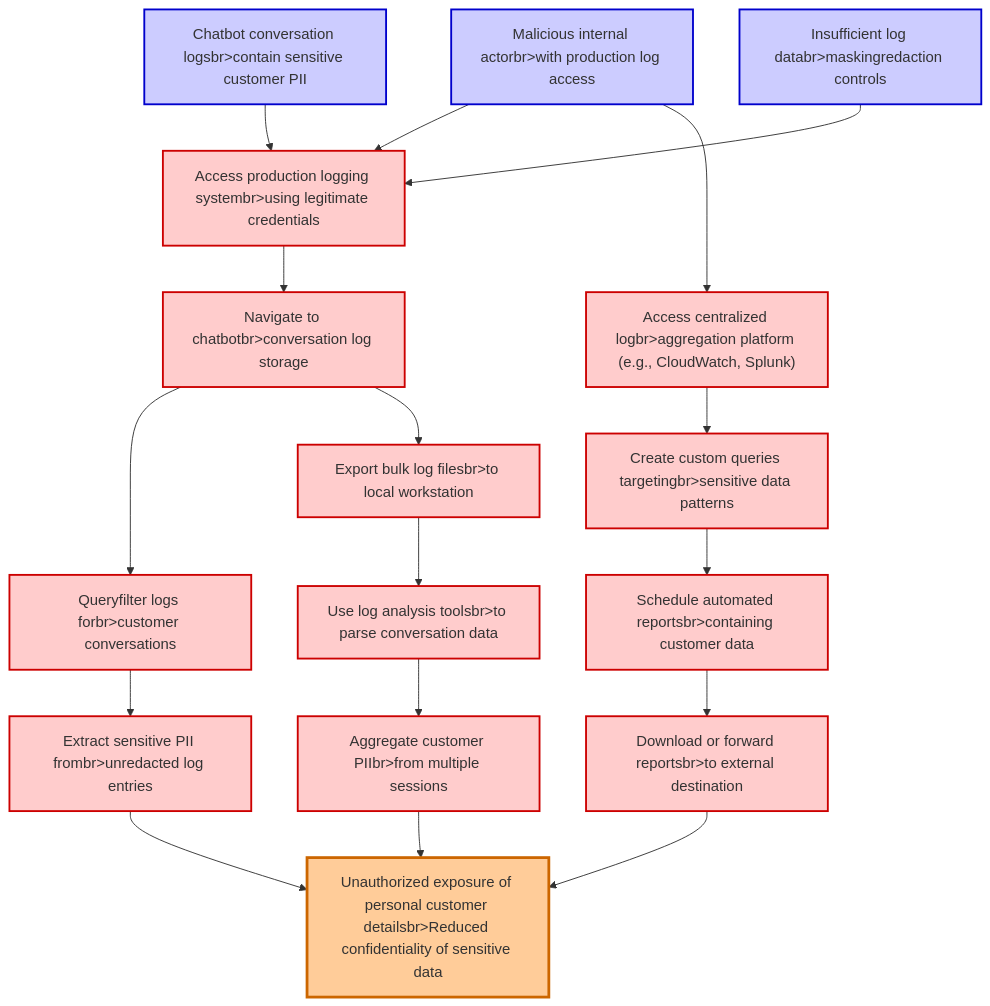
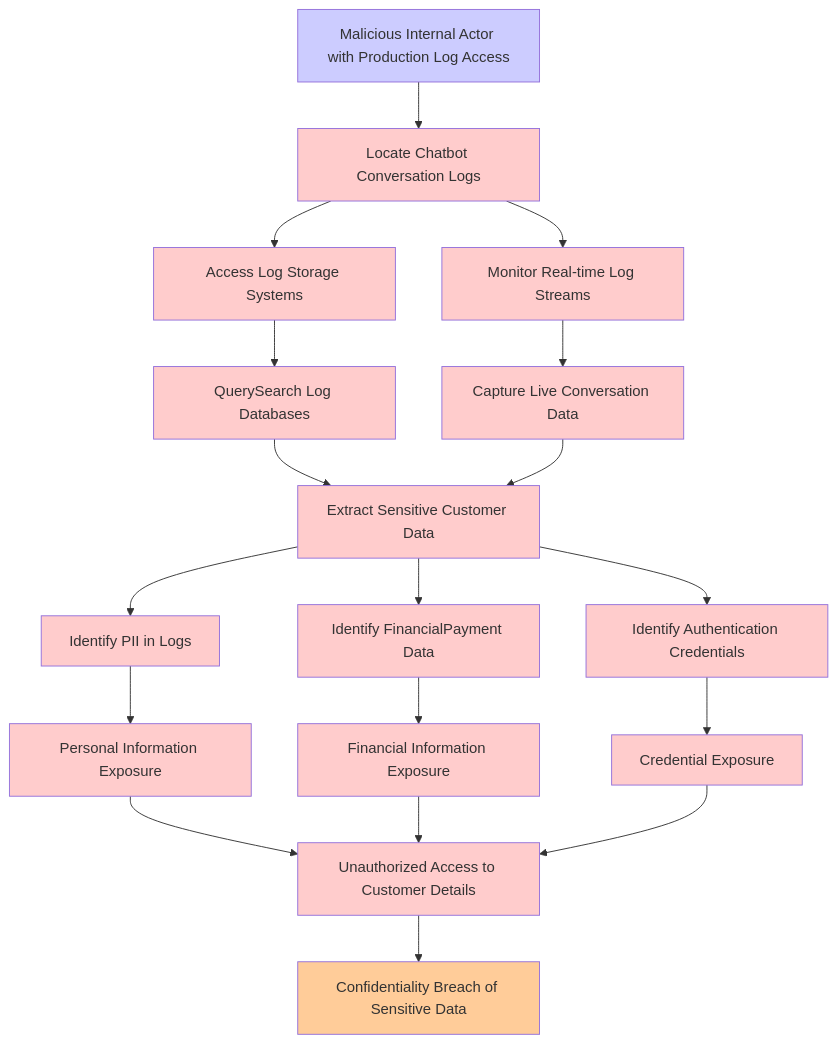
One commit to aws-samples/sample-agentic-attack-tree-generator changed the diagram in sample-applications/genai-chatbot/threatforest/attack_trees/attack_tree_26ae875e-296d-4151-99a9-dbd6287d851a_llm02_sensitiveinfo_disclosure.md. Above: the diagram before and after it, drawn with Mermaid. The commit also changed other lines of this file and 310 other files, not shown here.

````diff
--- a/sample-applications/genai-chatbot/threatforest/attack_trees/attack_tree_26ae875e-296d-4151-99a9-dbd6287d851a_llm02_sensitiveinfo_disclosure.md
+++ b/sample-applications/genai-chatbot/threatforest/attack_trees/attack_tree_26ae875e-296d-4151-99a9-dbd6287d851a_llm02_sensitiveinfo_disclosure.md
@@ -8,49 +8,28 @@
 ```mermaid
 graph TD
-    GOAL[" Unauthorized exposure of personal customer detailsbr>Reduced confidentiality of sensitive data"]
-    %% Initial Facts/Conditions
-    F1[" Malicious internal actorbr>with production log access"]
-    F2[" Chatbot conversation logsbr>contain sensitive customer PII"]
-    F3[" Insufficient log databr>maskingredaction controls"]
-    %% Attack Path 1: Direct Log Access
-    A1["Access production logging systembr>using legitimate credentials"]
-    A2["Navigate to chatbotbr>conversation log storage"]
-    A3["Queryfilter logs forbr>customer conversations"]
-    A4["Extract sensitive PII frombr>unredacted log entries"]
-    %% Attack Path 2: Log Export/Exfiltration
-    A5["Export bulk log filesbr>to local workstation"]
-    A6["Use log analysis toolsbr>to parse conversation data"]
-    A7["Aggregate customer PIIbr>from multiple sessions"]
-    %% Attack Path 3: Log Aggregation Platform Abuse
-    A8["Access centralized logbr>aggregation platform (e.g., CloudWatch, Splunk)"]
-    A9["Create custom queries targetingbr>sensitive data patterns"]
-    A10["Schedule automated reportsbr>containing customer data"]
-    A11["Download or forward reportsbr>to external destination"]
-    %% Connections - Path 1
-    F1 --> A1
-    F2 --> A1
-    F3 --> A1
-    A1 --> A2
-    A2 --> A3
-    A3 --> A4
-    A4 --> GOAL
-    %% Connections - Path 2
-    A2 --> A5
-    A5 --> A6
-    A6 --> A7
-    A7 --> GOAL
-    %% Connections - Path 3
-    F1 --> A8
-    A8 --> A9
-    A9 --> A10
-    A10 --> A11
-    A11 --> GOAL
-    %% Styling
-    classDef attack fill:#ffcccc,stroke:#cc0000,stroke-width:2px
-    classDef goal fill:#ffcc99,stroke:#cc6600,stroke-width:3px
-    classDef fact fill:#ccccff,stroke:#0000cc,stroke-width:2px
-    class A1,A2,A3,A4,A5,A6,A7,A8,A9,A10,A11 attack
-    class GOAL goal
-    class F1,F2,F3 fact
+    A["Malicious Internal Actor with Production Log Access"] --> B["Locate Chatbot Conversation Logs"]
+    B --> C["Access Log Storage Systems"]
+    C --> D["QuerySearch Log Databases"]
+    D --> E["Extract Sensitive Customer Data"]
+    B --> F["Monitor Real-time Log Streams"]
+    F --> G["Capture Live Conversation Data"]
+    G --> E
+    E --> H["Identify PII in Logs"]
+    H --> I["Personal Information Exposure"]
+    I --> J["Unauthorized Access to Customer Details"]
+    E --> K["Identify FinancialPayment Data"]
+    K --> L["Financial Information Exposure"]
+    L --> J
+    E --> M["Identify Authentication Credentials"]
+    M --> N["Credential Exposure"]
+    N --> J
+    J --> O["Confidentiality Breach of Sensitive Data"]
+    classDef fact fill:#ccccff
+    classDef attack fill:#ffcccc
+    classDef goal fill:#ffcc99
+    class A fact
+    class B,C,D,F,G,H,K,M attack
+    class E,I,L,N,J attack
+    class O goal
     classDef mitigation fill:#ccffcc
 ```
````
